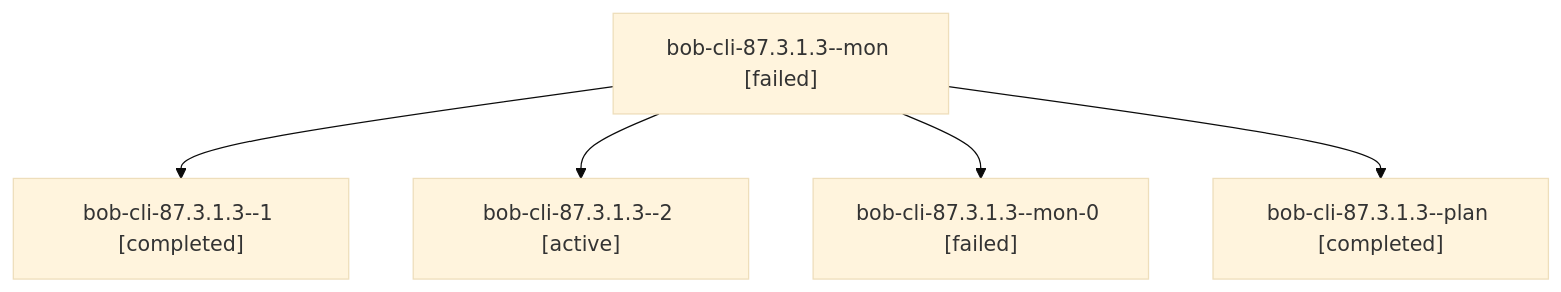
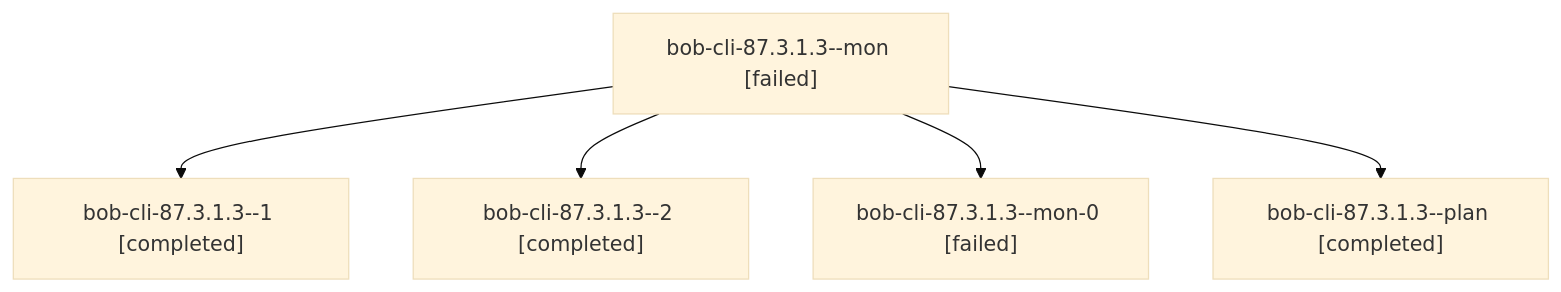
One commit to bobs-org/bob-cli--agents changed the diagram in sessions/bbugyi200.athena.bob-cli-87.3.1.3.md. Above: the diagram before and after it, drawn with Mermaid (base theme). The commit also changed other lines of this file and 90 other files, not shown here.

````diff
--- a/sessions/bbugyi200.athena.bob-cli-87.3.1.3.md
+++ b/sessions/bbugyi200.athena.bob-cli-87.3.1.3.md
@@ -9,12 +9,12 @@
 ```mermaid
 flowchart TD
   n0["bob-cli-87.3.1.3--mon [failed]"]
   n1["bob-cli-87.3.1.3--1 [completed]"]
   n0 --> n1
-  n2["bob-cli-87.3.1.3--2 [active]"]
+  n2["bob-cli-87.3.1.3--2 [completed]"]
   n0 --> n2
   n3["bob-cli-87.3.1.3--mon-0 [failed]"]
   n0 --> n3
   n4["bob-cli-87.3.1.3--plan [completed]"]
   n0 --> n4
 ```
````
